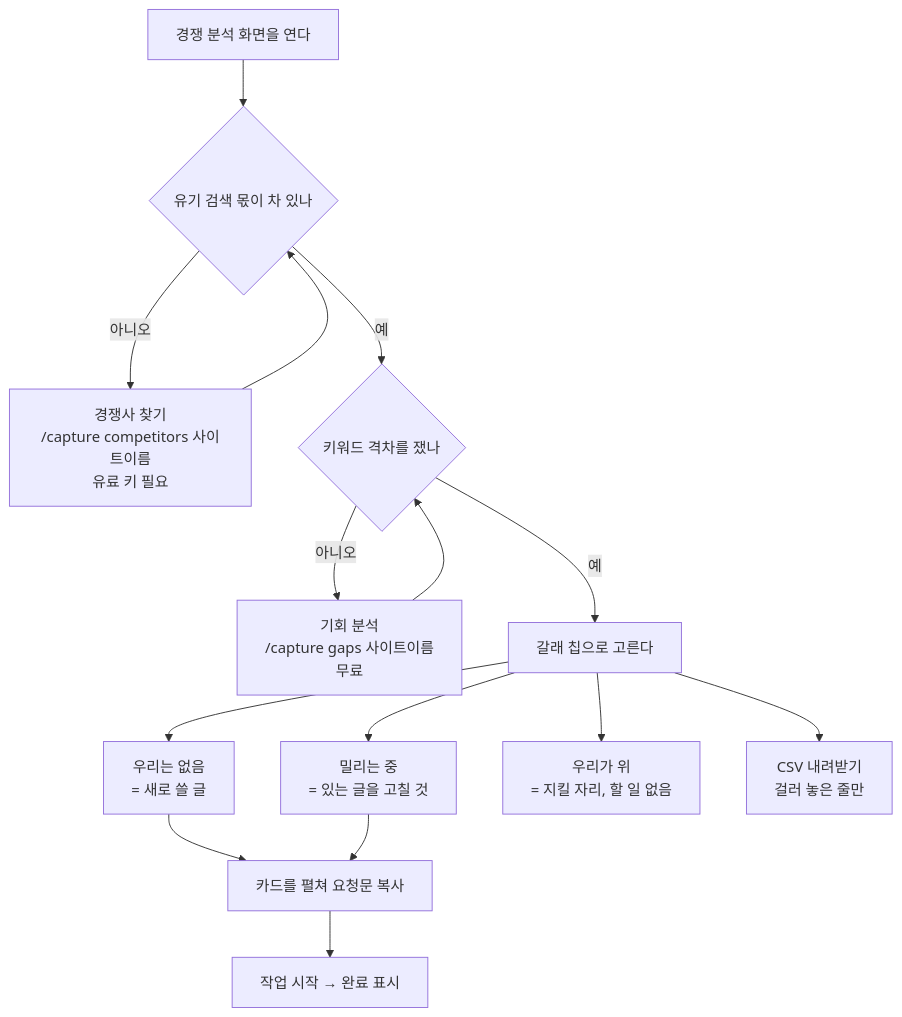
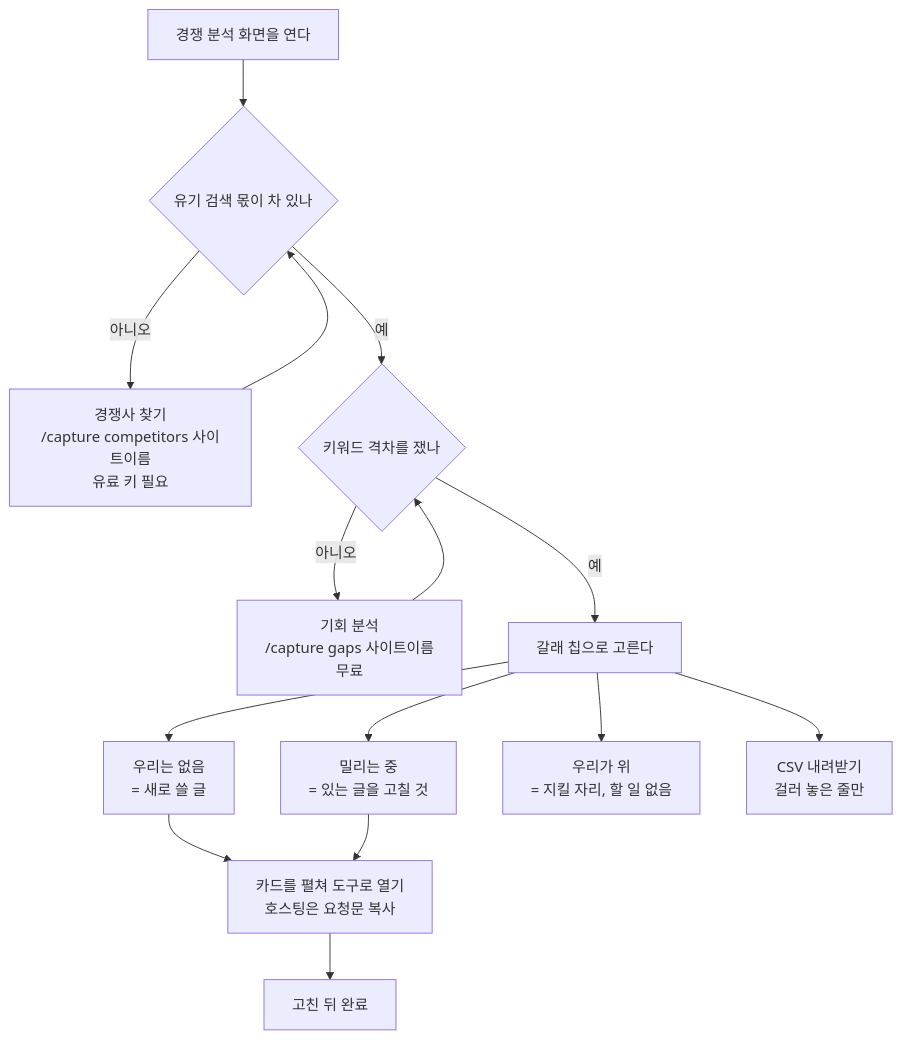
Before and after one commit to seanjr2847/seo-miner: the diagram in docs/screens/competitors.md, drawn with Mermaid. The commit also changed other lines of this file and 21 other files, not shown here.

````diff
--- a/docs/screens/competitors.md
+++ b/docs/screens/competitors.md
@@ -123,17 +123,17 @@
 ```mermaid
 flowchart TD
   A["경쟁 분석 화면을 연다"] --> B{"유기 검색 몫이 차 있나"}
   B -->|아니오| C["경쟁사 찾기<br/>/capture competitors 사이트이름<br/>유료 키 필요"]
   C --> B
   B -->|예| D{"키워드 격차를 쟀나"}
   D -->|아니오| E["기회 분석<br/>/capture gaps 사이트이름<br/>무료"]
   E --> D
   D -->|예| F["갈래 칩으로 고른다"]
   F --> G["우리는 없음<br/>= 새로 쓸 글"]
   F --> H["밀리는 중<br/>= 있는 글을 고칠 것"]
   F --> I["우리가 위<br/>= 지킬 자리, 할 일 없음"]
-  G --> J["카드를 펼쳐 요청문 복사"]
+  G --> J["카드를 펼쳐 도구로 열기<br/>호스팅은 요청문 복사"]
   H --> J
-  J --> K["작업 시작 → 완료 표시"]
+  J --> K["고친 뒤 완료"]
   F --> L["CSV 내려받기<br/>걸러 놓은 줄만"]
 ```
````
